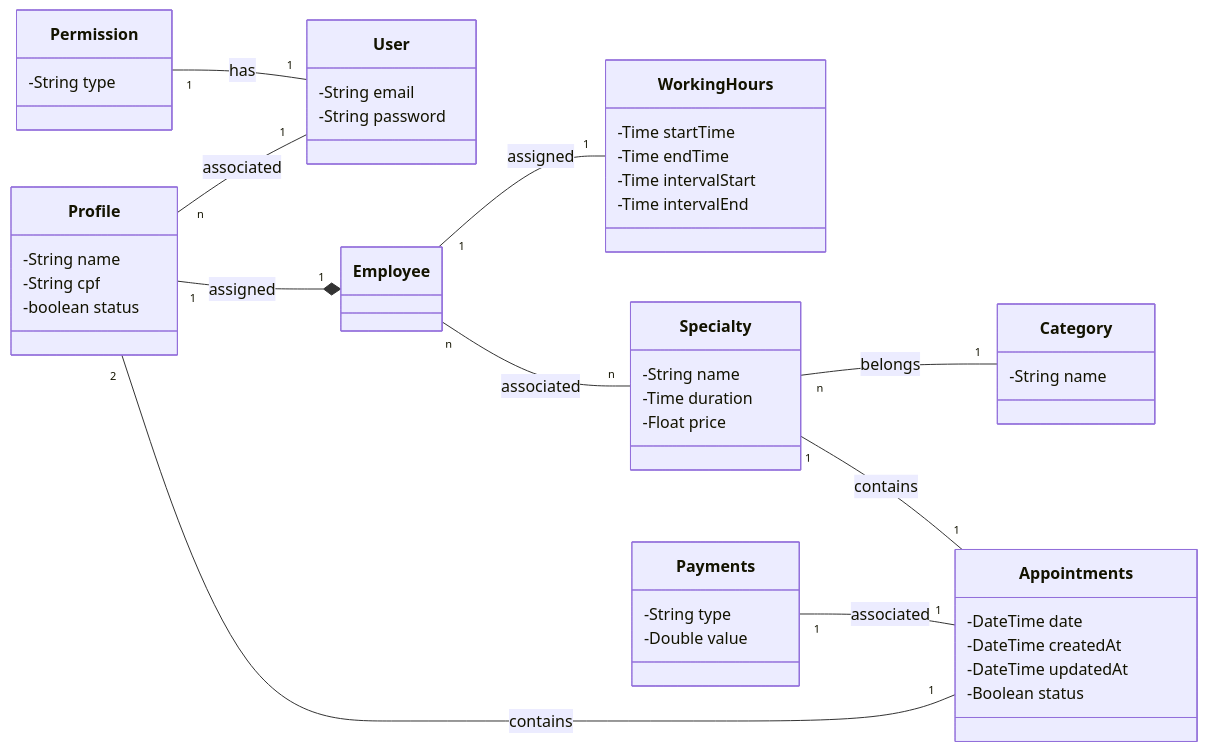
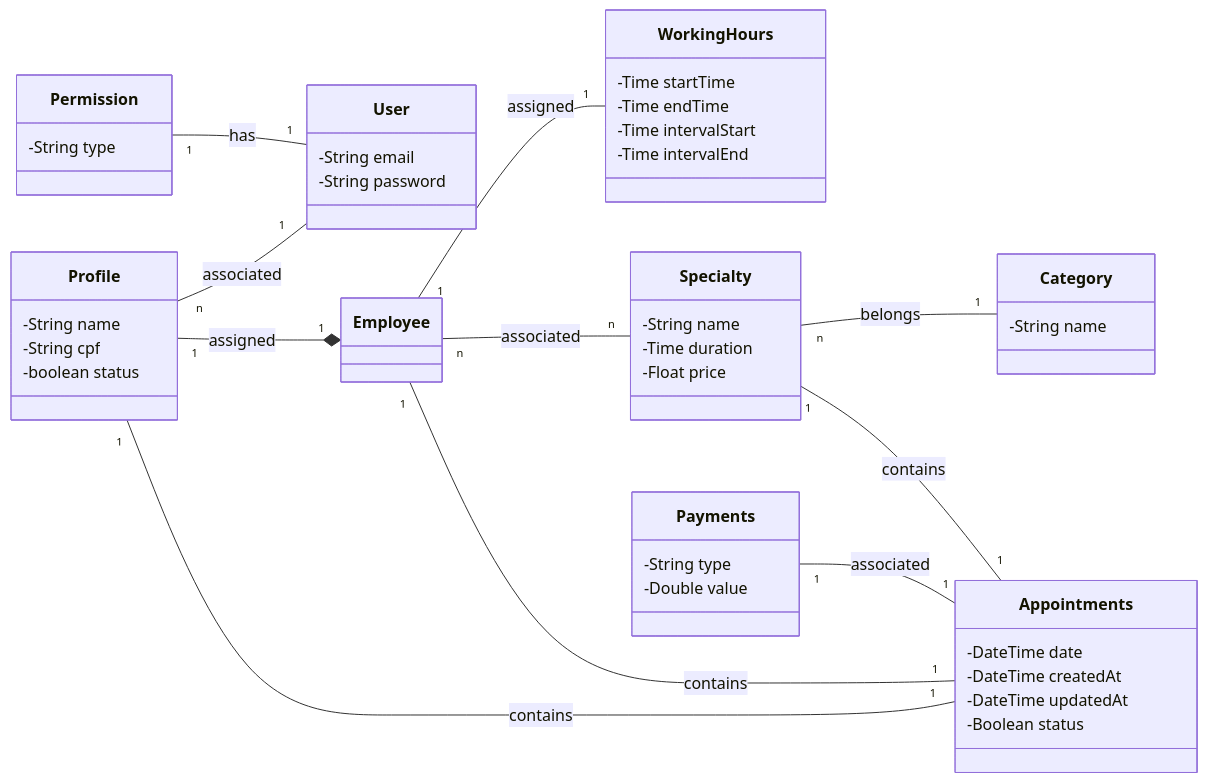
Before and after one commit to marcelo-de-santana/jubas-backend: the diagram in README.md, drawn with Mermaid.

````diff
--- a/README.md
+++ b/README.md
@@ -22,68 +22,70 @@
 ```mermaid
 classDiagram
     direction LR
     Permission "1" -- "1" User : has
     
     Profile "n" -- "1" User : associated 
     
     Profile "1" --* "1" Employee : assigned
 
     Employee "1" -- "1" WorkingHours : assigned
 
     Employee "n" -- "n" Specialty : associated
     
     Specialty "n" -- "1" Category : belongs
 
-    Profile "2" -- "1" Appointments : contains
+    Employee "1" -- "1" Appointments : contains
+
+    Profile "1" -- "1" Appointments : contains
     
     Specialty "1" -- "1" Appointments : contains
     
     Payments "1" -- "1" Appointments : associated
 
     class Permission {
         -String type
     }
 
     class User {
         -String email
         -String password
     }
 
     class Profile {
         -String name
         -String cpf
         -boolean status
     }
 
     class Employee {
     }
 
     class WorkingHours {
         -Time startTime
         -Time endTime
         -Time intervalStart
         -Time intervalEnd
     }
 
     class Specialty {
         -String name
         -Time duration
         -Float price  
     }
 
     class Category {
         -String name
     }
 
     class Appointments {
         -DateTime date
         -DateTime createdAt
         -DateTime updatedAt
         -Boolean status
     }
 
     class Payments {
         -String type
         -Double value
     }
 ```
````
